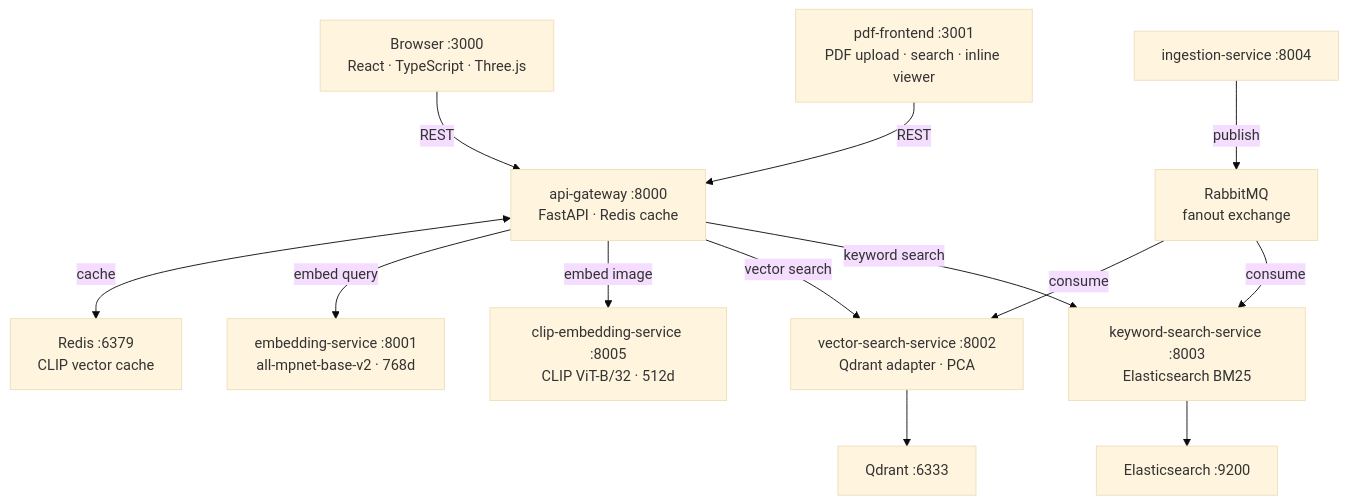
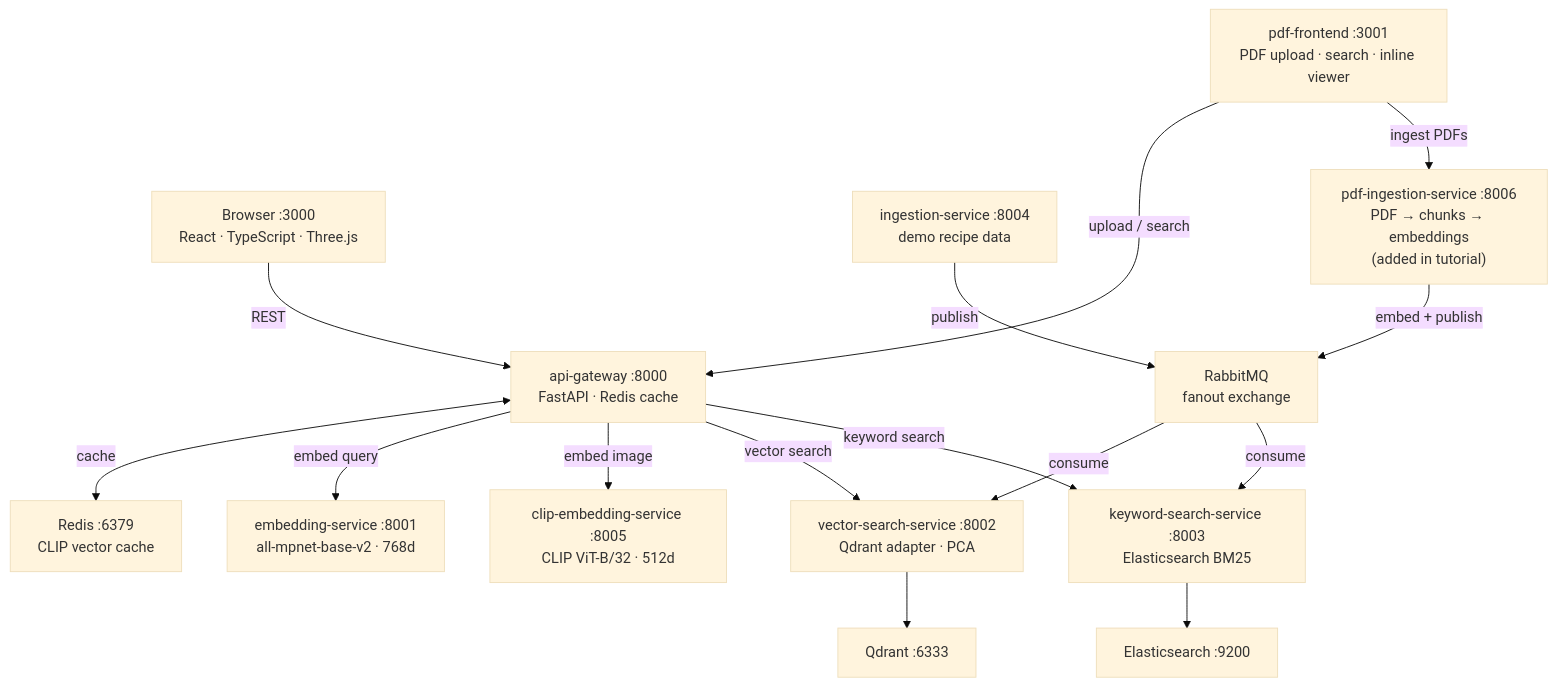
One commit to orhangezginci/searchstack changed the diagram in README.md. Above: the diagram before and after it, drawn with Mermaid (base theme). The commit also changed other lines of this file and 5 other files, not shown here.

````diff
--- a/README.md
+++ b/README.md
@@ -198,28 +230,31 @@
 ```mermaid
 flowchart TD
     Browser["Browser :3000\nReact · TypeScript · Three.js"]
-    GenericUI["pdf-frontend :3001\nPDF upload · search · inline viewer"]
+    PDFFrontend["pdf-frontend :3001\nPDF upload · search · inline viewer"]
     Gateway["api-gateway :8000\nFastAPI · Redis cache"]
     Redis["Redis :6379\nCLIP vector cache"]
     Embed["embedding-service :8001\nall-mpnet-base-v2 · 768d"]
     Vector["vector-search-service :8002\nQdrant adapter · PCA"]
     Keyword["keyword-search-service :8003\nElasticsearch BM25"]
-    Ingest["ingestion-service :8004"]
+    Ingest["ingestion-service :8004\ndemo recipe data"]
     CLIP["clip-embedding-service :8005\nCLIP ViT-B/32 · 512d"]
+    PDFIngest["pdf-ingestion-service :8006\nPDF → chunks → embeddings\n(added in tutorial)"]
     MQ["RabbitMQ\nfanout exchange"]
     Qdrant["Qdrant :6333"]
     ES["Elasticsearch :9200"]
 
     Browser -->|REST| Gateway
-    GenericUI -->|REST| Gateway
+    PDFFrontend -->|upload / search| Gateway
+    PDFFrontend -->|ingest PDFs| PDFIngest
     Gateway <-->|cache| Redis
     Gateway -->|embed query| Embed
     Gateway -->|embed image| CLIP
     Gateway -->|vector search| Vector
     Gateway -->|keyword search| Keyword
     Ingest -->|publish| MQ
+    PDFIngest -->|embed + publish| MQ
     MQ -->|consume| Vector
     MQ -->|consume| Keyword
     Vector --> Qdrant
     Keyword --> ES
 ```
````
